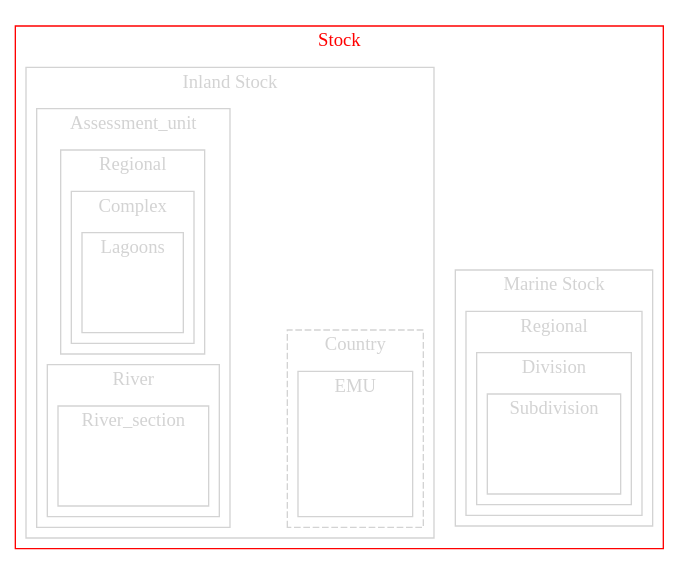
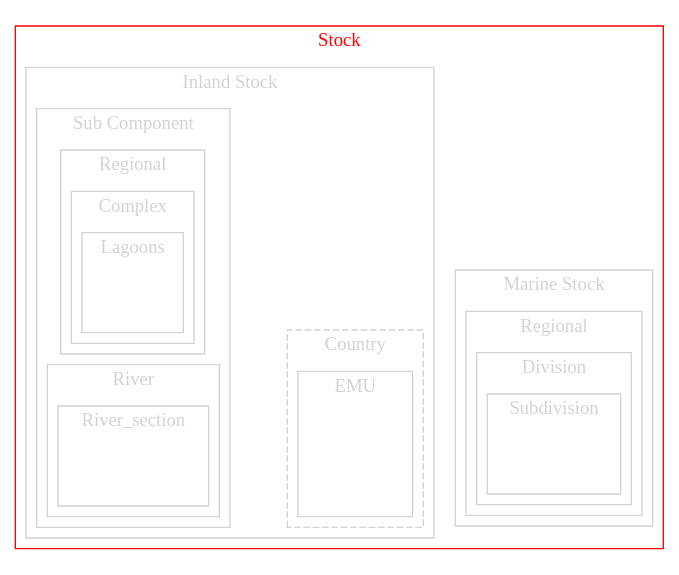
The third of 3 diagrams in R/habitatdb.qmd (DIASPARAproject/WP3_habitat), drawn with Graphviz before and after one commit. The commit also changed other lines of this file, not shown here.

```diff
--- a/R/habitatdb.qmd
+++ b/R/habitatdb.qmd
@@ -2296,7 +2296,7 @@
         center=true
 
           subgraph clusterB {
-          label = Assessment_unit
+          label = "Sub Component"
           style=full
           color=lightgray
           fontcolor=lightgray
```
